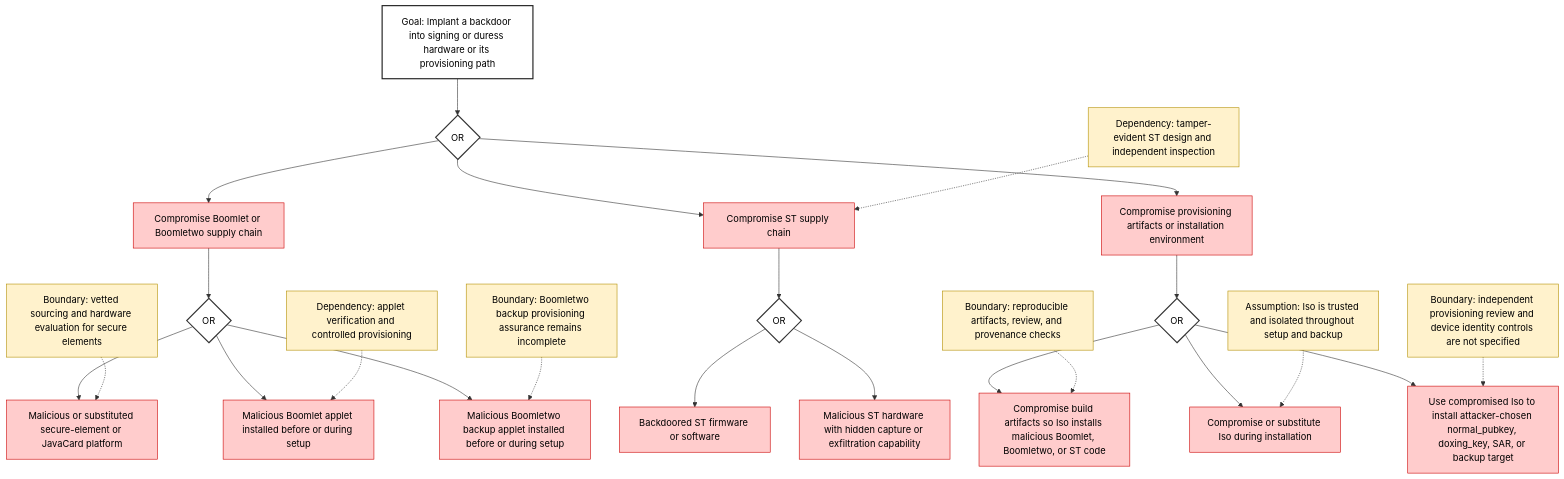
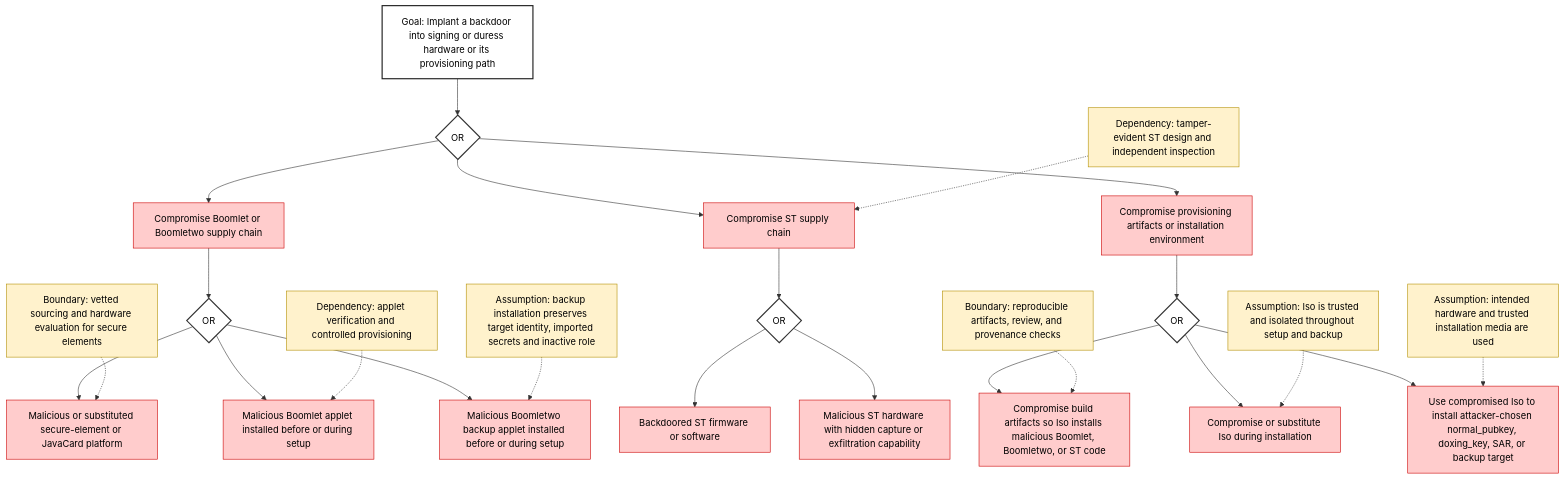
Before and after one commit to cogwheel26/boomerang_design: the sixth of 7 diagrams in security_models/attack_trees.md, drawn with Mermaid. The commit also changed other lines of this file and 8 other files, not shown here.

````diff
--- a/security_models/attack_trees.md
+++ b/security_models/attack_trees.md
@@ -317,42 +332,42 @@
 ```mermaid
 flowchart TD
   A["Goal: Implant a backdoor into signing or duress hardware or its provisioning path"] --> OR0{OR}
 
   OR0 --> B["Compromise Boomlet or Boomletwo supply chain"]
   OR0 --> C["Compromise ST supply chain"]
   OR0 --> D["Compromise provisioning artifacts or installation environment"]
 
   B --> OR1{OR}
   OR1 --> B1["Malicious or substituted secure-element or JavaCard platform"]
   OR1 --> B2["Malicious Boomlet applet installed before or during setup"]
   OR1 --> B3["Malicious Boomletwo backup applet installed before or during setup"]
 
   C --> OR2{OR}
   OR2 --> C1["Backdoored ST firmware or software"]
   OR2 --> C2["Malicious ST hardware with hidden capture or exfiltration capability"]
 
   D --> OR3{OR}
   OR3 --> D1["Compromise build artifacts so Iso installs malicious Boomlet, Boomletwo, or ST code"]
   OR3 --> D2["Compromise or substitute Iso during installation"]
   OR3 --> D3["Use compromised Iso to install attacker-chosen normal_pubkey, doxing_key, SAR, or backup target"]
 
   E1["Boundary: vetted sourcing and hardware evaluation for secure elements"] -.-> B1
   E2["Dependency: applet verification and controlled provisioning"] -.-> B2
-  E3["Boundary: Boomletwo backup provisioning assurance remains incomplete"] -.-> B3
+  E3["Assumption: backup installation preserves target identity, imported secrets and inactive role"] -.-> B3
   E4["Dependency: tamper-evident ST design and independent inspection"] -.-> C
   E5["Boundary: reproducible artifacts, review, and provenance checks"] -.-> D1
   E6["Assumption: Iso is trusted and isolated throughout setup and backup"] -.-> D2
-  E7["Boundary: independent provisioning review and device identity controls are not specified"] -.-> D3
+  E7["Assumption: intended hardware and trusted installation media are used"] -.-> D3
 
   classDef goal fill:#ffffff,stroke:#222,stroke-width:2px,color:#000;
   classDef attack fill:#ffcccc,stroke:#cc0000,color:#000;
   classDef control fill:#ccffcc,stroke:#009900,color:#000;
   classDef open fill:#fff2cc,stroke:#b38f00,color:#000;
   classDef gate fill:#ffffff,stroke:#333,stroke-width:2px,color:#000;
 
   class A goal;
   class B,C,D,B1,B2,B3,C1,C2,D1,D2,D3 attack;
   class E1,E2,E3,E4,E5,E6,E7 open;
   class OR0,OR1,OR2,OR3 gate;
 
 ```
````
